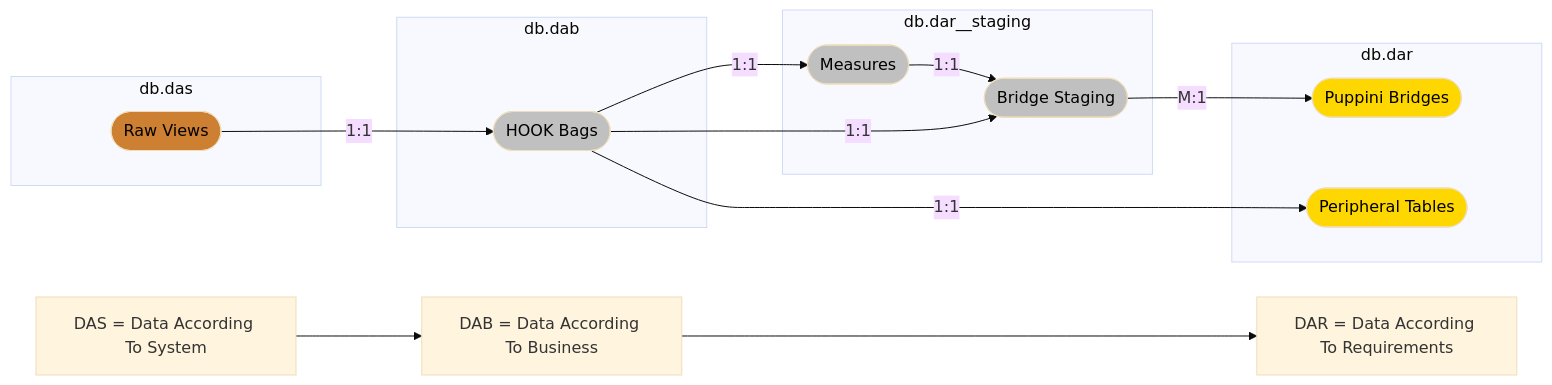
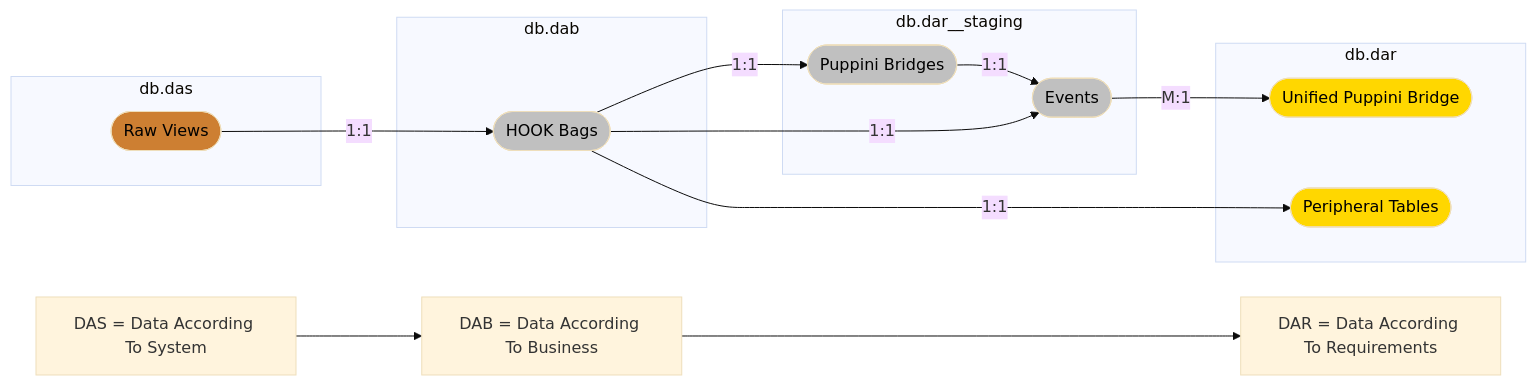
One commit to mattiasthalen/adventure-works changed the second of 2 diagrams in README.md. Above: the diagram before and after it, drawn with Mermaid (base theme). The commit also changed other lines of this file and 1 other file, not shown here.

Commit message:
Update DAG mermaid

````diff
--- a/README.md
+++ b/README.md
@@ -55,32 +55,32 @@
 ```mermaid
 flowchart LR
     classDef bronze fill:#CD7F32,color:black
     classDef silver fill:#C0C0C0,color:black
     classDef gold fill:#FFD700,color:black
 
     subgraph das["db.das"]
         raw(["Raw Views"]):::bronze
     end
 
     subgraph dab["db.dab"]
         hook(["HOOK Bags"]):::silver
     end
 
     subgraph dar_stg["db.dar__staging"]
-        measures(["Measures"]):::silver
-        bridge_staging(["Bridge Staging"]):::silver
+        bridge_staging(["Puppini Bridges"]):::silver
+        events(["Events"]):::silver
     end
 
     subgraph dar["db.dar"]
-        bridge(["Puppini Bridges"]):::gold
+        unified_bridge(["Unified Puppini Bridge"]):::gold
         peripheral(["Peripheral Tables"]):::gold
     end
 
-    raw -- "1:1" --> hook -- "1:1" --> measures -- "1:1" --> bridge_staging -- "M:1" --> bridge
-    hook -- "1:1" --> bridge_staging
+    raw -- "1:1" --> hook -- "1:1" --> bridge_staging -- "1:1" --> events -- "M:1" --> unified_bridge
+    hook -- "1:1" --> events
     hook -- "1:1" --> peripheral
 
     legend_das["DAS = Data According To System"] -->
     legend_dab["DAB = Data According To Business"] ---->
     legend_dar["DAR = Data According To Requirements"]
 ```
````
